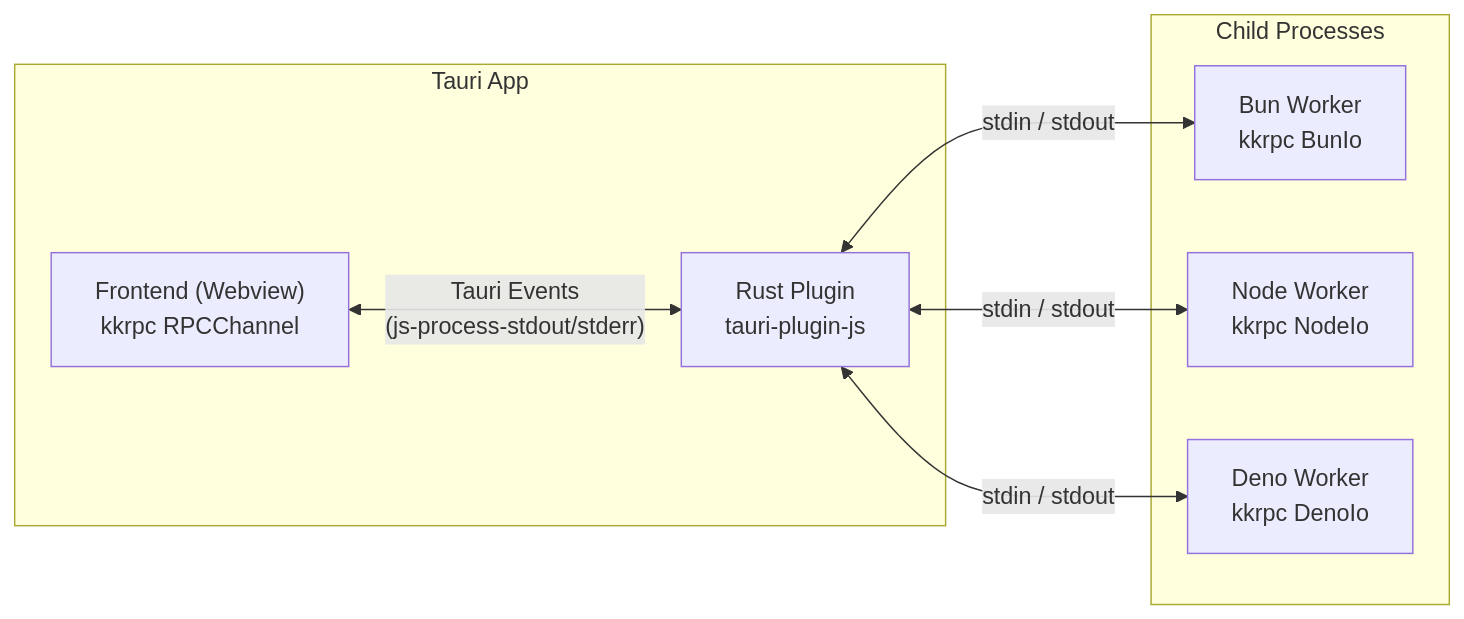
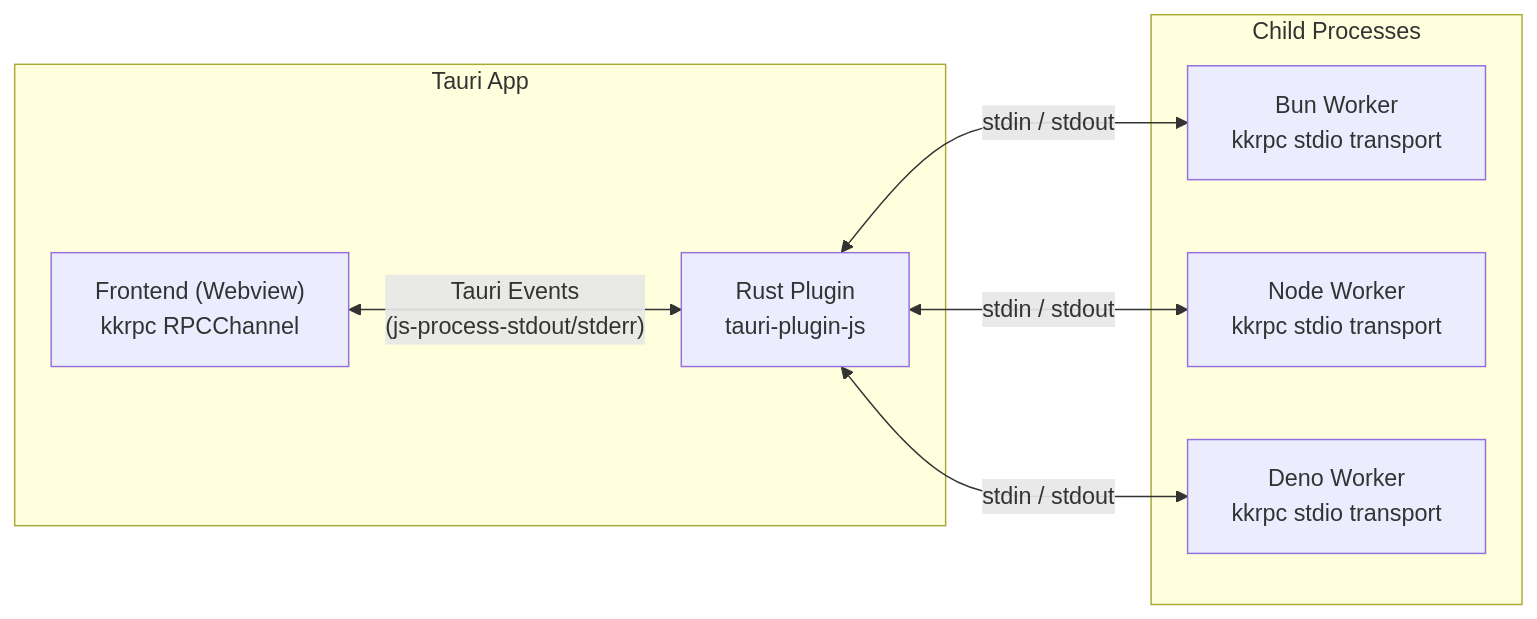
The first of 2 diagrams in README.md (HuakunShen/tauri-plugin-js), drawn with Mermaid before and after one commit. The commit also changed other lines of this file and 14 other files, not shown here.

First line of the commit message:
feat!: migrate to kkrpc 2.1.0 native transport API

````diff
--- a/README.md
+++ b/README.md
@@ -25,16 +25,16 @@
 ```mermaid
 graph LR
     subgraph Tauri App
         FE["Frontend (Webview)<br/>kkrpc RPCChannel"]
         RS["Rust Plugin<br/>tauri-plugin-js"]
     end
     subgraph Child Processes
-        B["Bun Worker<br/>kkrpc BunIo"]
-        N["Node Worker<br/>kkrpc NodeIo"]
-        D["Deno Worker<br/>kkrpc DenoIo"]
+        B["Bun Worker<br/>kkrpc stdio transport"]
+        N["Node Worker<br/>kkrpc stdio transport"]
+        D["Deno Worker<br/>kkrpc stdio transport"]
     end
     FE <-->|"Tauri Events<br/>(js-process-stdout/stderr)"| RS
     RS <-->|"stdin / stdout"| B
     RS <-->|"stdin / stdout"| N
     RS <-->|"stdin / stdout"| D
 ```
````
